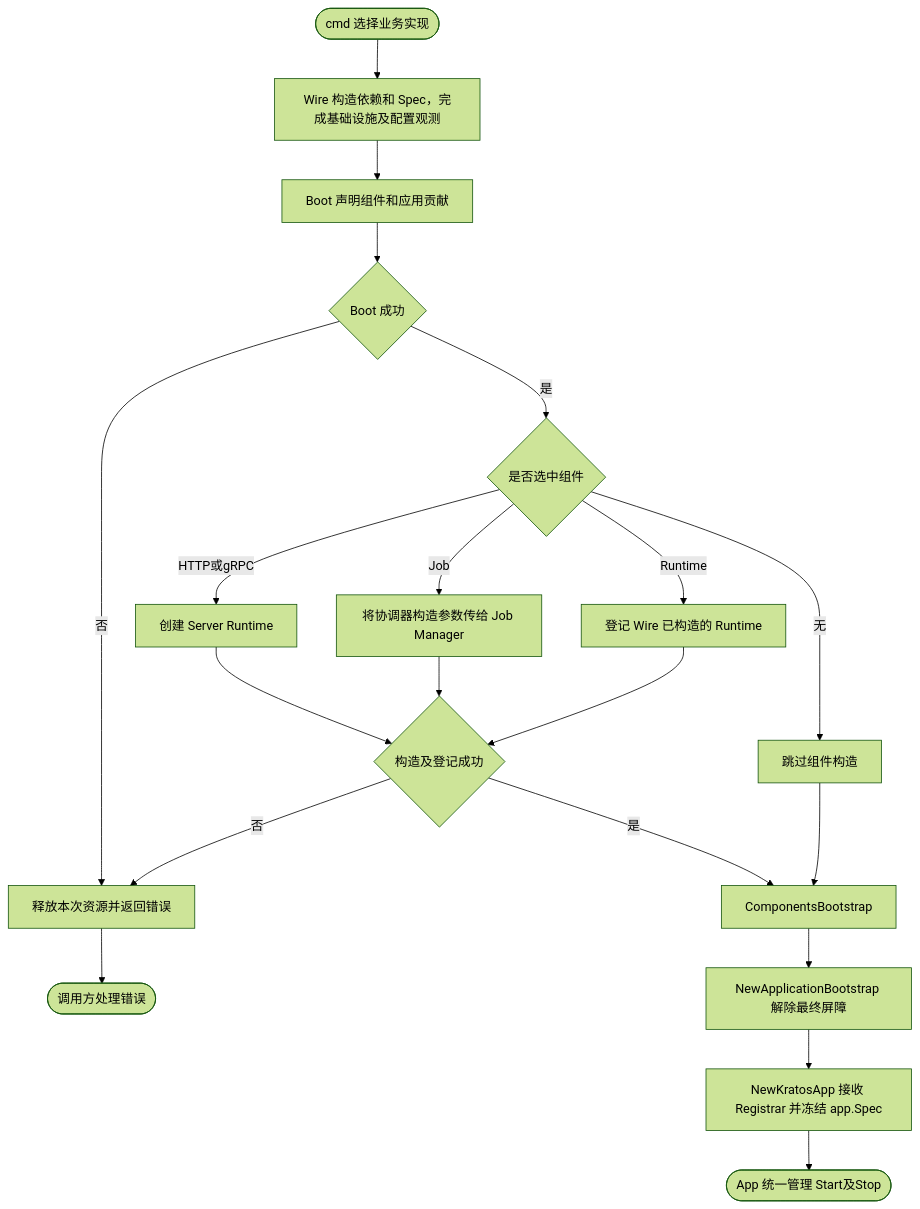
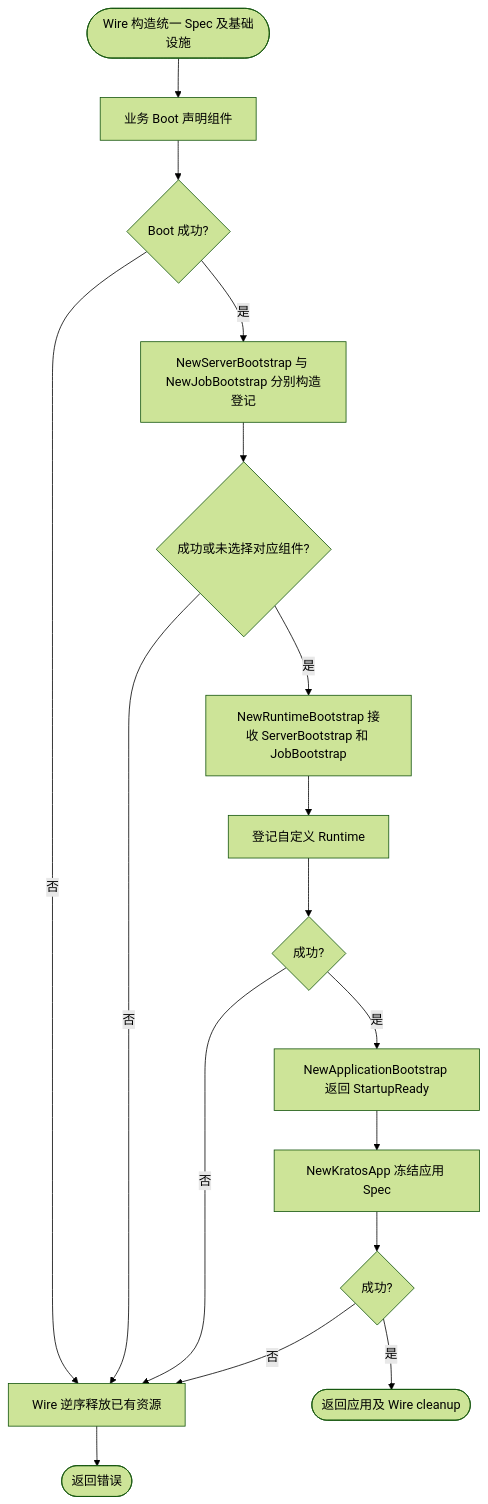
The first of 6 diagrams in pkg/bootstrap/README.md (jaggerzhuang1994/kratos-foundation), drawn with Mermaid (forest theme) before and after one commit. The commit also changed other lines of this file and 290 other files, not shown here.

````diff
--- a/pkg/bootstrap/README.md
+++ b/pkg/bootstrap/README.md
@@ -59,22 +58,19 @@
 ```mermaid
 flowchart TD
-    A([cmd 选择业务实现]) --> B[Wire 构造依赖和 Spec，完成基础设施及配置观测]
-    B --> P[Boot 声明组件和应用贡献]
-    P --> Q{Boot 成功}
-    Q -- 否 --> X
-    Q -- 是 --> C{是否选中组件}
-    C -- HTTP或gRPC --> D[创建 Server Runtime]
-    C -- Job --> E[将协调器构造参数传给 Job Manager]
-    C -- Runtime --> F[登记 Wire 已构造的 Runtime]
-    C -- 无 --> G[跳过组件构造]
-    D --> H{构造及登记成功}
-    E --> H
-    F --> H
-    G --> I[ComponentsBootstrap]
-    H -- 否 --> X[释放本次资源并返回错误]
-    X --> Y([调用方处理错误])
-    H -- 是 --> I
-    I --> J[NewApplicationBootstrap 解除最终屏障]
-    J --> K[NewKratosApp 接收 Registrar 并冻结 app.Spec]
-    K --> L([App 统一管理 Start及Stop])
+    A([Wire 构造统一 Spec 及基础设施]) --> B[业务 Boot 声明组件]
+    B --> C{Boot 成功?}
+    C -- 否 --> X[Wire 逆序释放已有资源]
+    C -- 是 --> D[NewServerBootstrap 与 NewJobBootstrap 分别构造登记]
+    D --> E{成功或未选择对应组件?}
+    E -- 否 --> X
+    E -- 是 --> F[NewRuntimeBootstrap 接收 ServerBootstrap 和 JobBootstrap]
+    F --> G[登记自定义 Runtime]
+    G --> H{成功?}
+    H -- 否 --> X
+    H -- 是 --> I[NewApplicationBootstrap 返回 StartupReady]
+    I --> J[NewKratosApp 冻结应用 Spec]
+    J --> K{成功?}
+    K -- 否 --> X
+    K -- 是 --> L([返回应用及 Wire cleanup])
+    X --> Y([返回错误])
 ```
````
